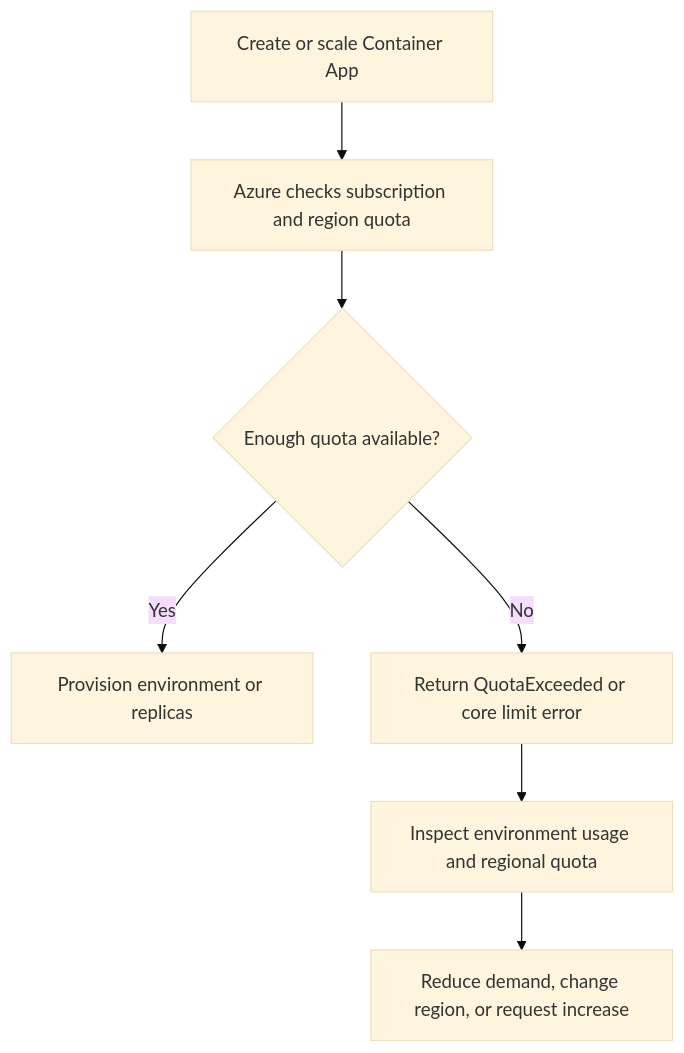
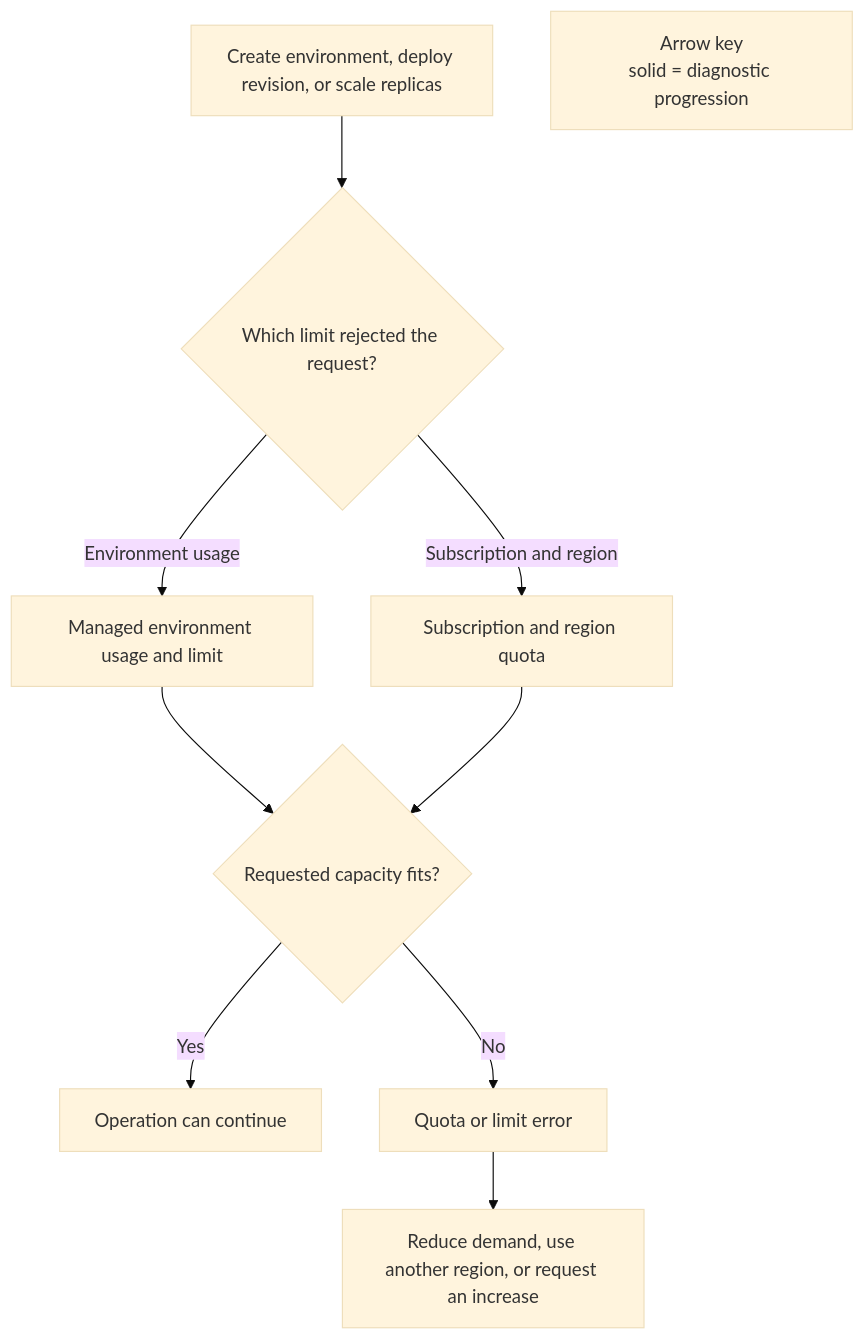
Before and after one commit to yeongseon/azure-container-apps-practical-guide: the diagram in docs/troubleshooting/playbooks/cost-and-quota/subscription-quota-exceeded.md, drawn with Mermaid (base theme). The commit also changed other lines of this file and 23 other files, not shown here.

First line of the commit message:
docs(diagrams): migrate troubleshooting playbook diagrams (#626)

````diff
--- a/docs/troubleshooting/playbooks/cost-and-quota/subscription-quota-exceeded.md
+++ b/docs/troubleshooting/playbooks/cost-and-quota/subscription-quota-exceeded.md
@@ -36,9 +36,25 @@
 ```mermaid
 flowchart TD
-    A[Create or scale Container App] --> B[Azure checks subscription and region quota]
-    B --> C{Enough quota available?}
-    C -->|Yes| D[Provision environment or replicas]
-    C -->|No| E[Return QuotaExceeded or core limit error]
-    E --> F[Inspect environment usage and regional quota]
-    F --> G[Reduce demand, change region, or request increase]
+    accTitle: Diagnose a Container Apps quota failure
+    accDescr: A create or scale operation is compared with environment usage and subscription-region quota before the operator reduces demand or requests more quota.
+
+    REQUEST[Create environment, deploy revision, or scale replicas]
+    SCOPE{Which limit rejected the request?}
+    ENVIRONMENT[Managed environment usage and limit]
+    REGIONAL[Subscription and region quota]
+    CAPACITY{Requested capacity fits?}
+    PROVISION[Operation can continue]
+    BLOCKED[Quota or limit error]
+    ACTION[Reduce demand, use another region, or request an increase]
+
+    REQUEST --> SCOPE
+    SCOPE -->|Environment usage| ENVIRONMENT
+    SCOPE -->|Subscription and region| REGIONAL
+    ENVIRONMENT --> CAPACITY
+    REGIONAL --> CAPACITY
+    CAPACITY -->|Yes| PROVISION
+    CAPACITY -->|No| BLOCKED
+    BLOCKED --> ACTION
+
+    LEGEND["Arrow key<br/>solid = diagnostic progression"]
 ```
````
